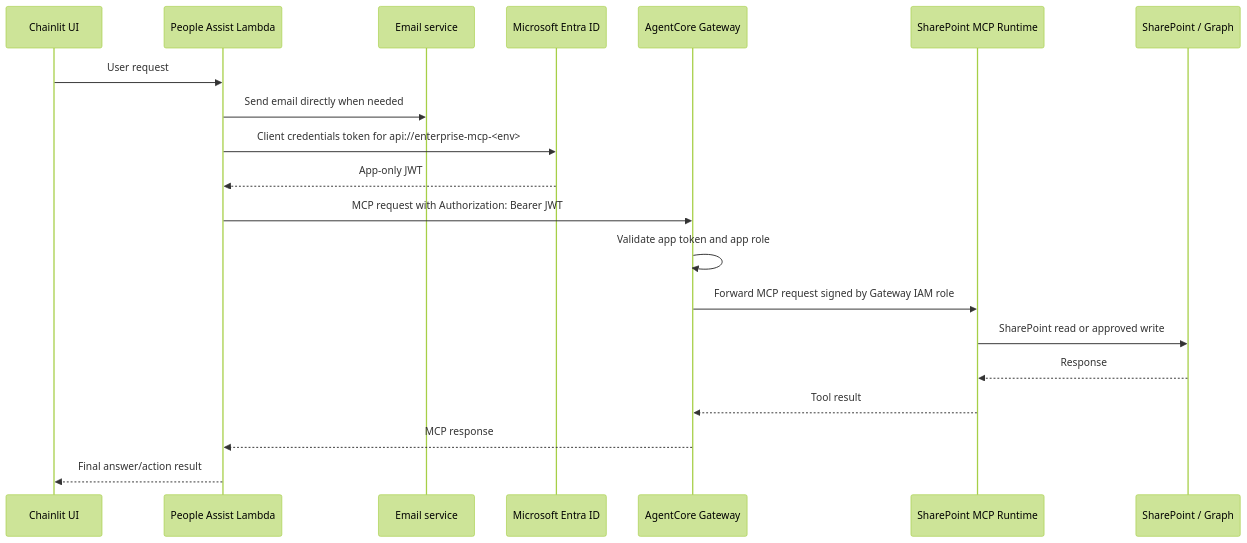
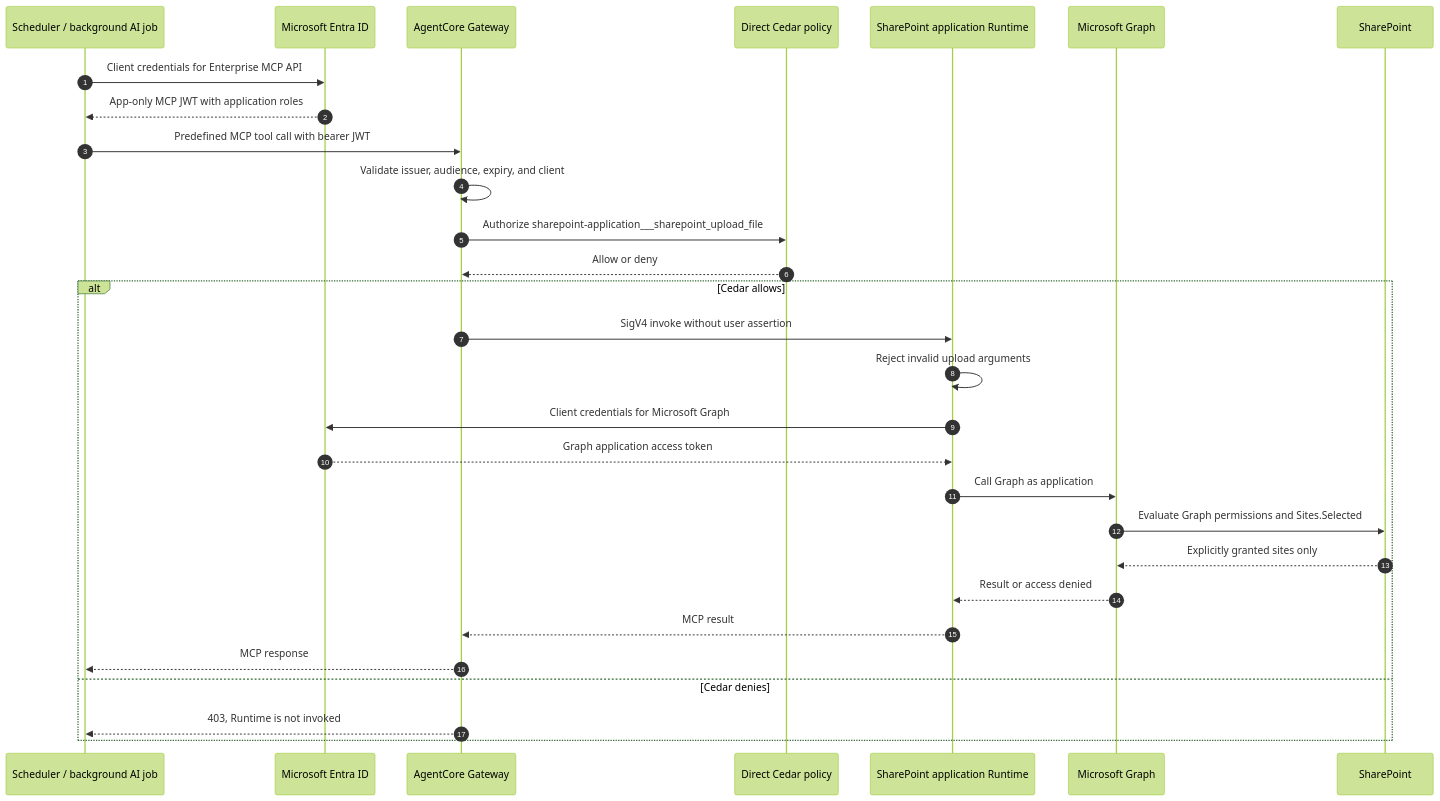
One commit to ron8520/mcp_poc changed the diagram in docs/architecture/people-assist-sequence.mmd. Above: the diagram before and after it, drawn with Mermaid (forest theme). The commit also changed 91 other files, not shown here.

```diff
--- a/docs/architecture/people-assist-sequence.mmd
+++ b/docs/architecture/people-assist-sequence.mmd
@@ -1,21 +1,30 @@
 sequenceDiagram
-    participant UI as Chainlit UI
-    participant PA as People Assist Lambda
-    participant Mail as Email service
+    autonumber
+    participant Scheduler as Scheduler / background AI job
     participant Entra as Microsoft Entra ID
     participant GW as AgentCore Gateway
-    participant RT as SharePoint MCP Runtime
-    participant SP as SharePoint / Graph
+    participant Cedar as Direct Cedar policy
+    participant AutoRT as SharePoint application Runtime
+    participant Graph as Microsoft Graph
+    participant SP as SharePoint
 
-    UI->>PA: User request
-    PA->>Mail: Send email directly when needed
-    PA->>Entra: Client credentials token for api://enterprise-mcp-<env>
-    Entra-->>PA: App-only JWT
-    PA->>GW: MCP request with Authorization: Bearer JWT
-    GW->>GW: Validate app token and app role
-    GW->>RT: Forward MCP request signed by Gateway IAM role
-    RT->>SP: SharePoint read or approved write
-    SP-->>RT: Response
-    RT-->>GW: Tool result
-    GW-->>PA: MCP response
-    PA-->>UI: Final answer/action result
+    Scheduler->>Entra: Client credentials for Enterprise MCP API
+    Entra-->>Scheduler: App-only MCP JWT with application roles
+    Scheduler->>GW: Predefined MCP tool call with bearer JWT
+    GW->>GW: Validate issuer, audience, expiry, and client
+    GW->>Cedar: Authorize sharepoint-application___sharepoint_upload_file
+    Cedar-->>GW: Allow or deny
+    alt Cedar allows
+        GW->>AutoRT: SigV4 invoke without user assertion
+        AutoRT->>AutoRT: Reject invalid upload arguments
+        AutoRT->>Entra: Client credentials for Microsoft Graph
+        Entra-->>AutoRT: Graph application access token
+        AutoRT->>Graph: Call Graph as application
+        Graph->>SP: Evaluate Graph permissions and Sites.Selected
+        SP-->>Graph: Explicitly granted sites only
+        Graph-->>AutoRT: Result or access denied
+        AutoRT-->>GW: MCP result
+        GW-->>Scheduler: MCP response
+    else Cedar denies
+        GW-->>Scheduler: 403, Runtime is not invoked
+    end
```
